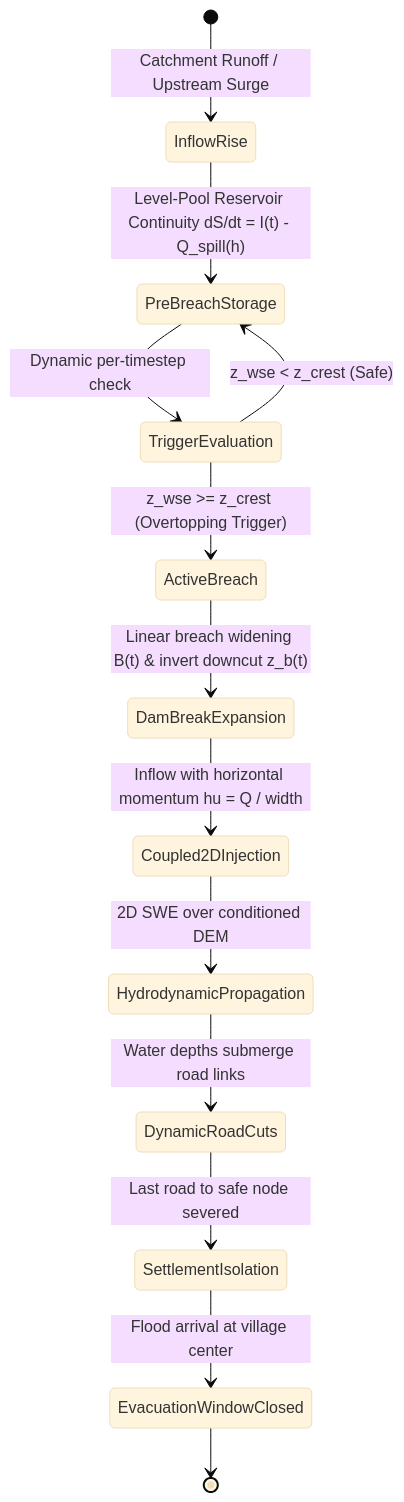
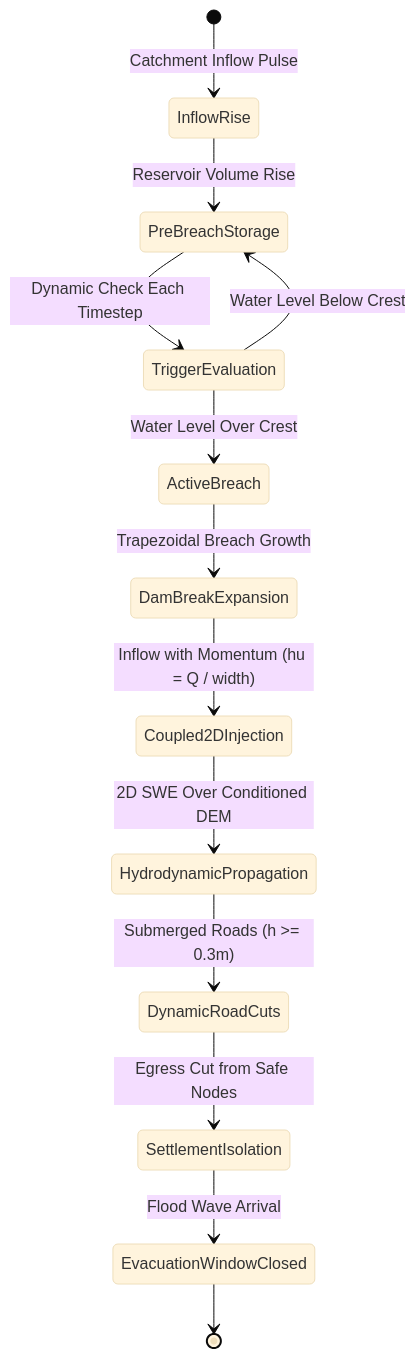
The second of 3 diagrams in README.md (YayaBud/floodsight), drawn with Mermaid (base theme) before and after one commit. The commit also changed other lines of this file, not shown here.

Commit message:
docs: fix Mermaid diagram syntax in README for GitHub rendering

````diff
--- a/README.md
+++ b/README.md
@@ -140,15 +140,15 @@
 ```mermaid
 stateDiagram-v2
-    [*] --> InflowRise: Catchment Runoff / Upstream Surge
-    InflowRise --> PreBreachStorage: Level-Pool Reservoir Continuity dS/dt = I(t) - Q_spill(h)
-    PreBreachStorage --> TriggerEvaluation: Dynamic per-timestep check
-    TriggerEvaluation --> PreBreachStorage: z_wse < z_crest (Safe)
-    TriggerEvaluation --> ActiveBreach: z_wse >= z_crest (Overtopping Trigger)
-    ActiveBreach --> DamBreakExpansion: Linear breach widening B(t) & invert downcut z_b(t)
-    DamBreakExpansion --> Coupled2DInjection: Inflow with horizontal momentum hu = Q / width
-    Coupled2DInjection --> HydrodynamicPropagation: 2D SWE over conditioned DEM
-    HydrodynamicPropagation --> DynamicRoadCuts: Water depths submerge road links
-    DynamicRoadCuts --> SettlementIsolation: Last road to safe node severed
-    SettlementIsolation --> EvacuationWindowClosed: Flood arrival at village center
+    [*] --> InflowRise: Catchment Inflow Pulse
+    InflowRise --> PreBreachStorage: Reservoir Volume Rise
+    PreBreachStorage --> TriggerEvaluation: Dynamic Check Each Timestep
+    TriggerEvaluation --> PreBreachStorage: Water Level Below Crest
+    TriggerEvaluation --> ActiveBreach: Water Level Over Crest
+    ActiveBreach --> DamBreakExpansion: Trapezoidal Breach Growth
+    DamBreakExpansion --> Coupled2DInjection: Inflow with Momentum (hu = Q / width)
+    Coupled2DInjection --> HydrodynamicPropagation: 2D SWE Over Conditioned DEM
+    HydrodynamicPropagation --> DynamicRoadCuts: Submerged Roads (h >= 0.3m)
+    DynamicRoadCuts --> SettlementIsolation: Egress Cut from Safe Nodes
+    SettlementIsolation --> EvacuationWindowClosed: Flood Wave Arrival
     EvacuationWindowClosed --> [*]
 ```
````
